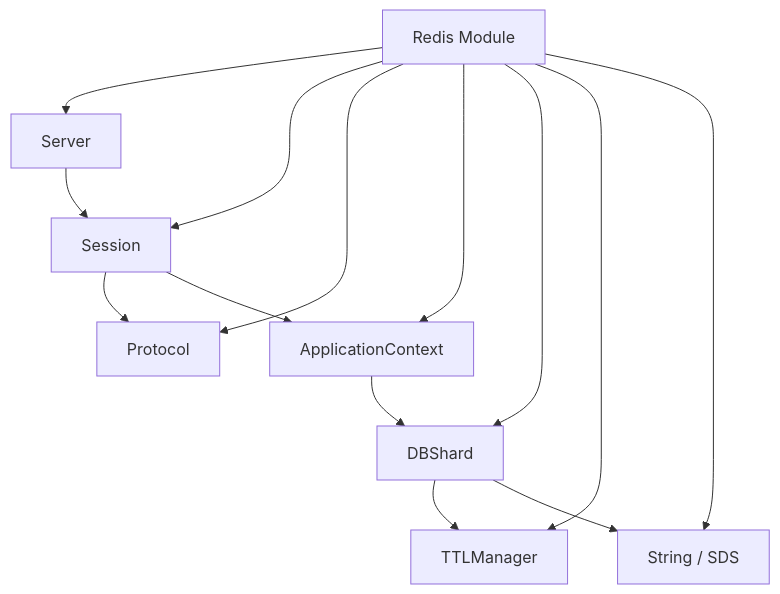
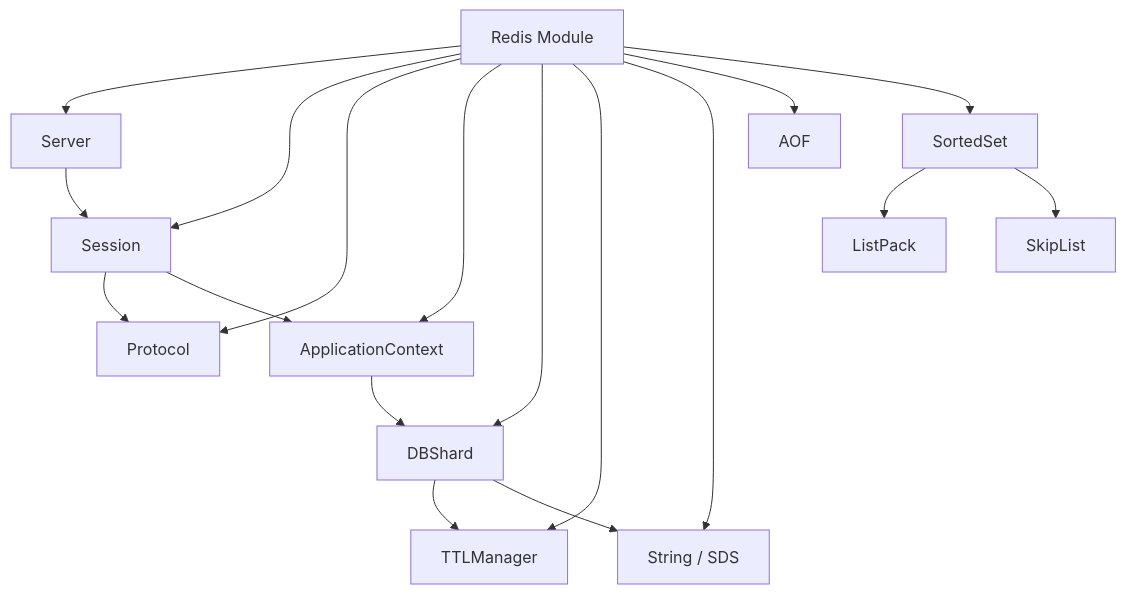
Before and after one commit to Doomjustin/sponge: the diagram in docs/redis/README.md, drawn with Mermaid. The commit also changed other lines of this file and 27 other files, not shown here.

````diff
--- a/docs/redis/README.md
+++ b/docs/redis/README.md
@@ -57,18 +61,22 @@
 ```mermaid
 graph TD
 	A[Redis Module]
 	A --> B[Server]
 	A --> C[Session]
 	A --> D[Protocol]
 	A --> E[ApplicationContext]
 	A --> F[DBShard]
 	A --> G[TTLManager]
 	A --> H[String / SDS]
+	A --> I[AOF]
+	A --> J[SortedSet]
 
 	B --> C
 	C --> D
 	C --> E
 	E --> F
 	F --> G
 	F --> H
+	J --> K[ListPack]
+	J --> L[SkipList]
 ```
````
